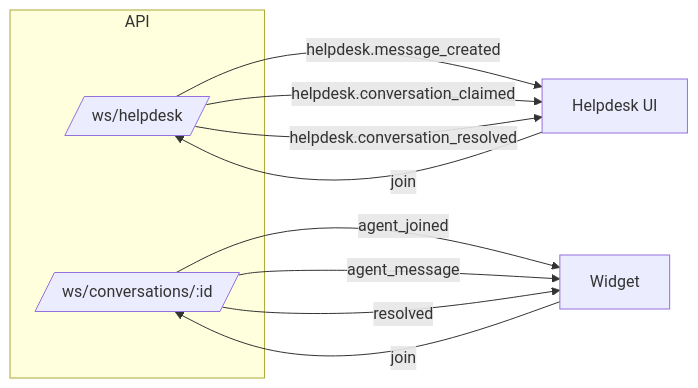
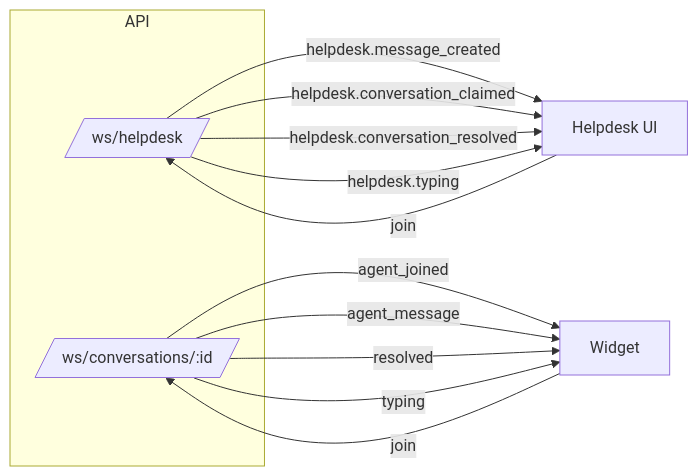
The second of 2 diagrams in apps/api/README.md (reyesprince31/jexity-chat-clean), drawn with Mermaid before and after one commit. The commit also changed other lines of this file and 14 other files, not shown here.

Commit message:
feat(typing): adds typing indicator to both widget and helpdesk

````diff
--- a/apps/api/README.md
+++ b/apps/api/README.md
@@ -52,17 +54,19 @@
 ```mermaid
 flowchart LR
     subgraph API
       WS1[/ws/helpdesk/]
       WS2[/ws/conversations/:id/]
     end
     Widget["Widget"]
     HelpdeskUI["Helpdesk UI"]
     Widget -->|join| WS2;
     HelpdeskUI -->|join| WS1;
     WS1 -->|helpdesk.message_created| HelpdeskUI;
     WS1 -->|helpdesk.conversation_claimed| HelpdeskUI;
     WS1 -->|helpdesk.conversation_resolved| HelpdeskUI;
+    WS1 -->|helpdesk.typing| HelpdeskUI;
     WS2 -->|agent_joined| Widget;
     WS2 -->|agent_message| Widget;
     WS2 -->|resolved| Widget;
+    WS2 -->|typing| Widget;
 ```
````
